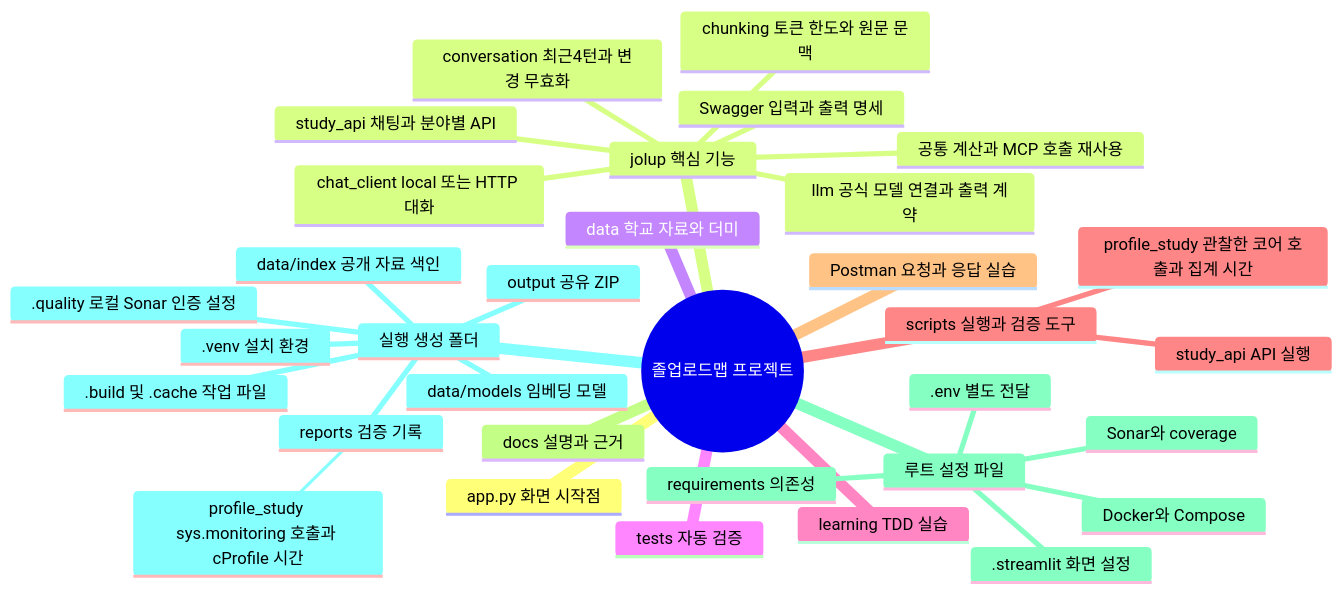
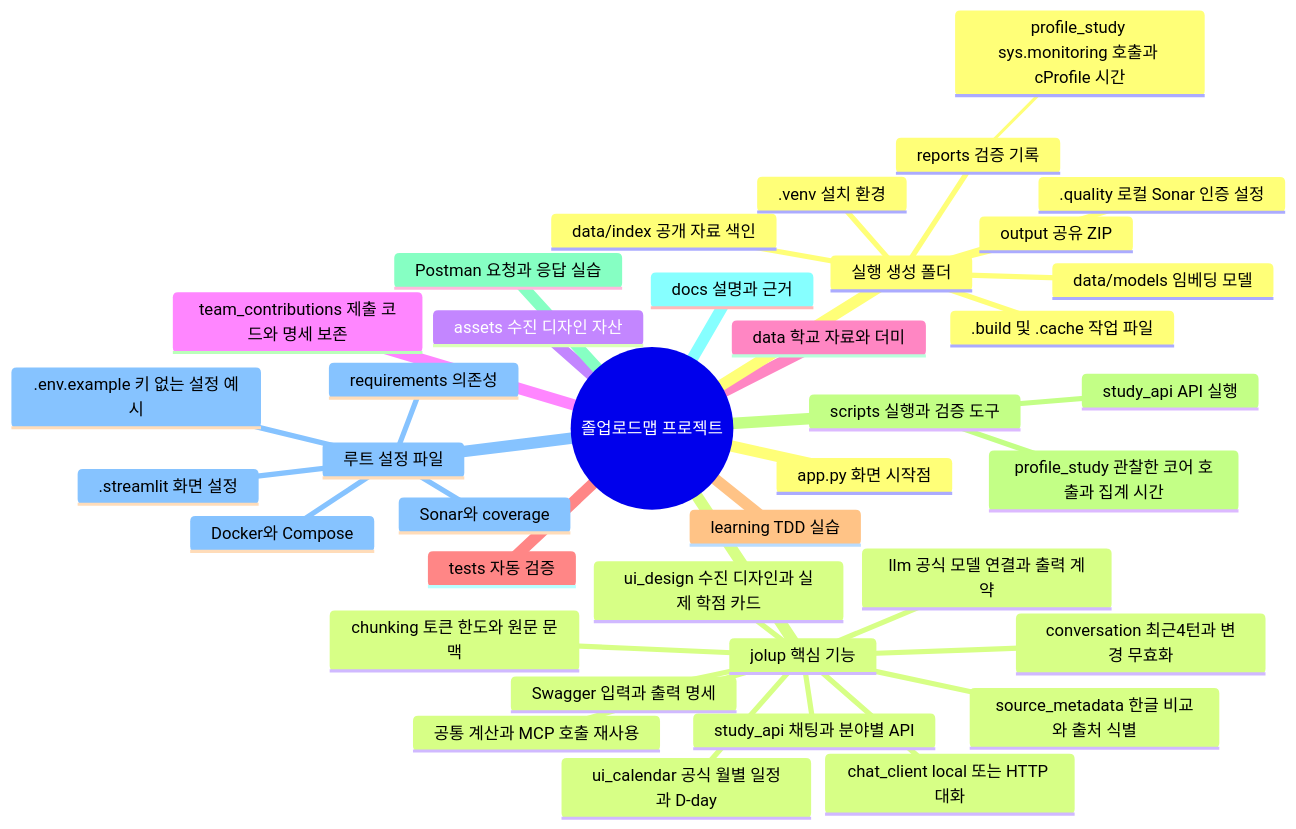
One commit to on21life-google/jolup-graduation-agent changed the first of 9 diagrams in docs/프로젝트_구조도.md. Above: the diagram before and after it, drawn with Mermaid. The commit also changed other lines of this file and 50 other files, not shown here.

Commit message:
Integrate teammate UI, calendar, course interests and RAG metadata with final presentation

````diff
--- a/docs/프로젝트_구조도.md
+++ b/docs/프로젝트_구조도.md
@@ -11,36 +11,41 @@
 ```mermaid
 mindmap
   root((졸업로드맵 프로젝트))
     app.py 화면 시작점
     jolup 핵심 기능
       study_api 채팅과 분야별 API
       chat_client local 또는 HTTP 대화
       conversation 최근4턴과 변경 무효화
       Swagger 입력과 출력 명세
       공통 계산과 MCP 호출 재사용
       llm 공식 모델 연결과 출력 계약
       chunking 토큰 한도와 원문 문맥
+      source_metadata 한글 비교와 출처 식별
+      ui_design 수진 디자인과 실제 학점 카드
+      ui_calendar 공식 월별 일정과 D-day
+    assets 수진 디자인 자산
+    team_contributions 제출 코드와 명세 보존
     data 학교 자료와 더미
     tests 자동 검증
     learning TDD 실습
     scripts 실행과 검증 도구
       study_api API 실행
       profile_study 관찰한 코어 호출과 집계 시간
     Postman 요청과 응답 실습
     docs 설명과 근거
     루트 설정 파일
       requirements 의존성
       Docker와 Compose
       Sonar와 coverage
-      .env 별도 전달
+      .env.example 키 없는 설정 예시
       .streamlit 화면 설정
     실행 생성 폴더
       reports 검증 기록
         profile_study sys.monitoring 호출과 cProfile 시간
       output 공유 ZIP
       data/index 공개 자료 색인
       data/models 임베딩 모델
       .venv 설치 환경
       .build 및 .cache 작업 파일
       .quality 로컬 Sonar 인증 설정
 ```
````
